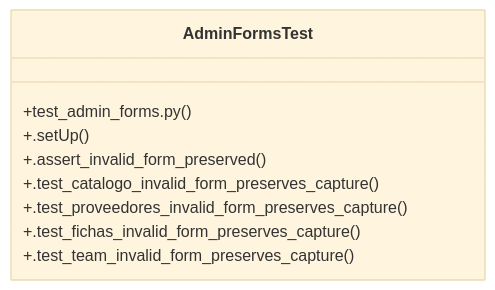
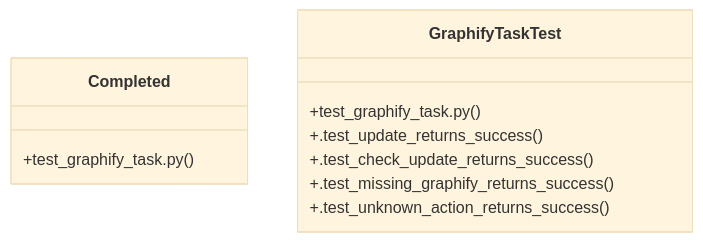
Before and after one commit to Daftrick/ProjectTracker: the diagram in graphify-out/wiki/Community_31.md, drawn with Mermaid (base theme). The commit also changed other lines of this file and 540 other files, not shown here.

````diff
--- a/graphify-out/wiki/Community_31.md
+++ b/graphify-out/wiki/Community_31.md
@@ -18,12 +21,13 @@
 ```mermaid
 classDiagram
-    class AdminFormsTest {
-        +test_admin_forms.py()
-        +.setUp()
-        +.assert_invalid_form_preserved()
-        +.test_catalogo_invalid_form_preserves_capture()
-        +.test_proveedores_invalid_form_preserves_capture()
-        +.test_fichas_invalid_form_preserves_capture()
-        +.test_team_invalid_form_preserves_capture()
+    class Completed {
+        +test_graphify_task.py()
+    }
+    class GraphifyTaskTest {
+        +test_graphify_task.py()
+        +.test_update_returns_success()
+        +.test_check_update_returns_success()
+        +.test_missing_graphify_returns_success()
+        +.test_unknown_action_returns_success()
     }
 ```
````
